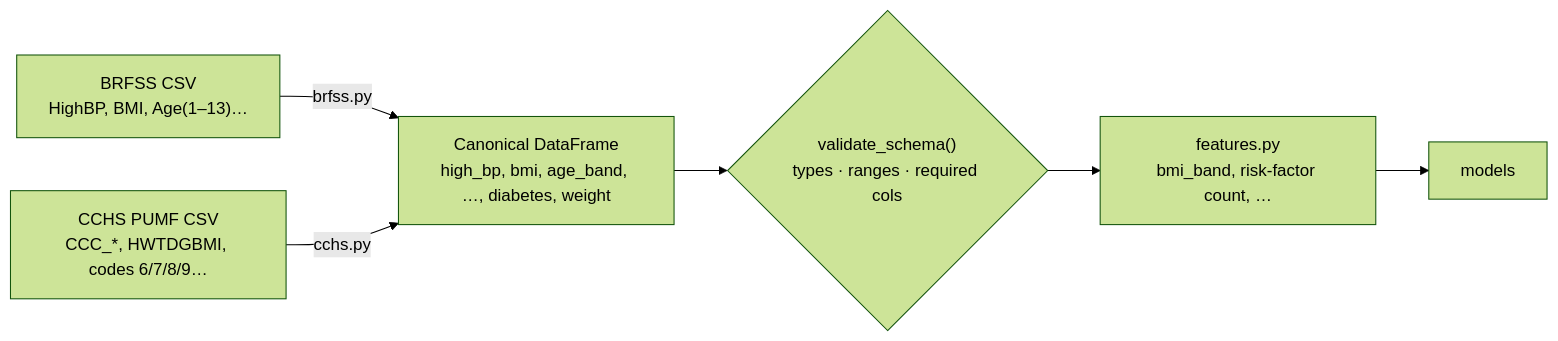
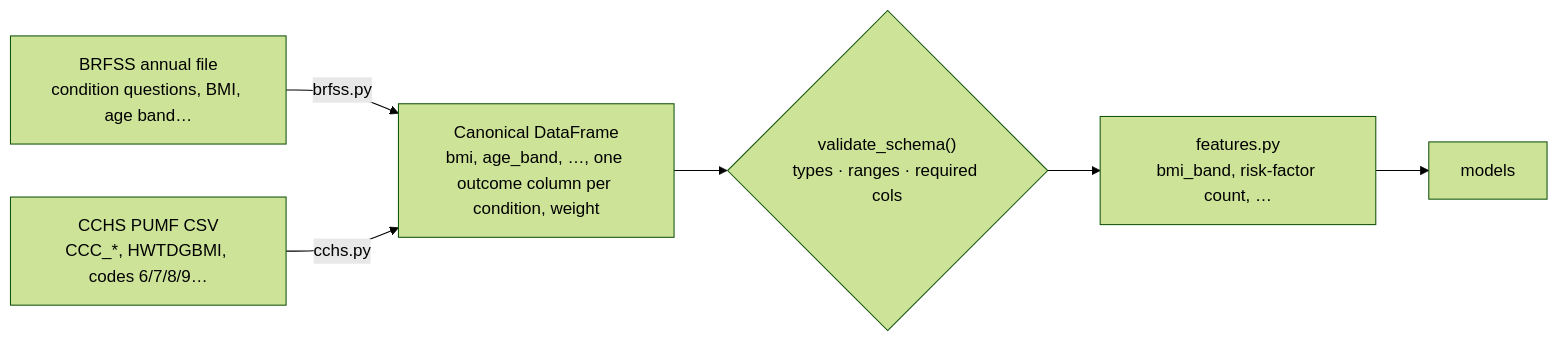
One commit to Haard2705/HealthLens changed the second of 5 diagrams in healthlens-todo.md. Above: the diagram before and after it, drawn with Mermaid (forest theme). The commit also changed other lines of this file and 1 other file, not shown here.

First line of the commit message:
docs: plan multi-condition support with a condition registry (H49, H50) (#6)

````diff
--- a/healthlens-todo.md
+++ b/healthlens-todo.md
@@ -204,9 +206,9 @@
 ```mermaid
 flowchart LR
-    B["BRFSS CSV<br/>HighBP, BMI, Age(1–13)…"] -->|brfss.py| C
+    B["BRFSS annual file<br/>condition questions, BMI, age band…"] -->|brfss.py| C
     S["CCHS PUMF CSV<br/>CCC_*, HWTDGBMI, codes 6/7/8/9…"] -->|cchs.py| C
-    C["Canonical DataFrame<br/>high_bp, bmi, age_band, …, diabetes, weight"]
+    C["Canonical DataFrame<br/>bmi, age_band, …, one outcome column per condition, weight"]
     C --> V{"validate_schema()<br/>types · ranges · required cols"}
     V --> F["features.py<br/>bmi_band, risk-factor count, …"]
     F --> M["models"]
 ```
````
